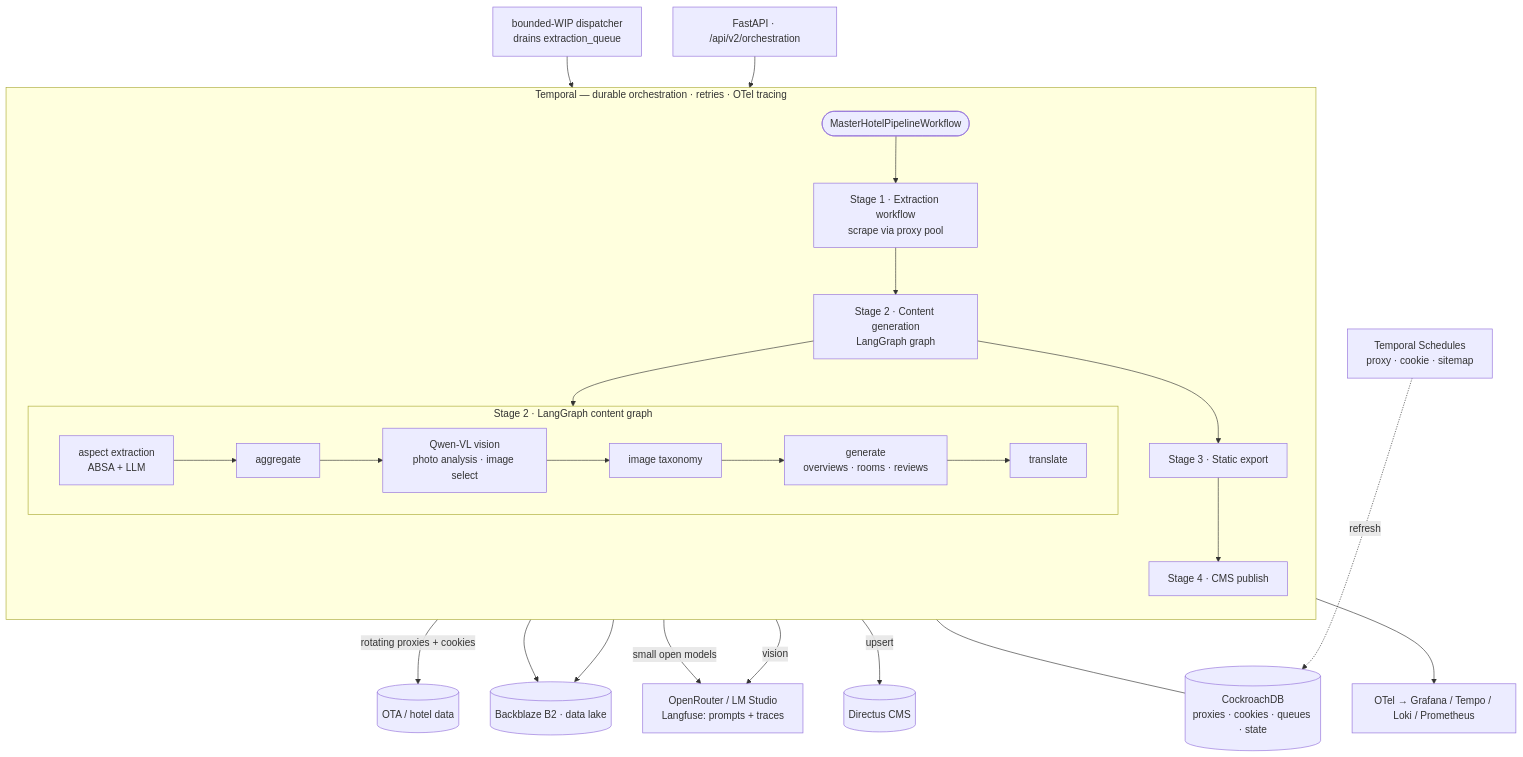
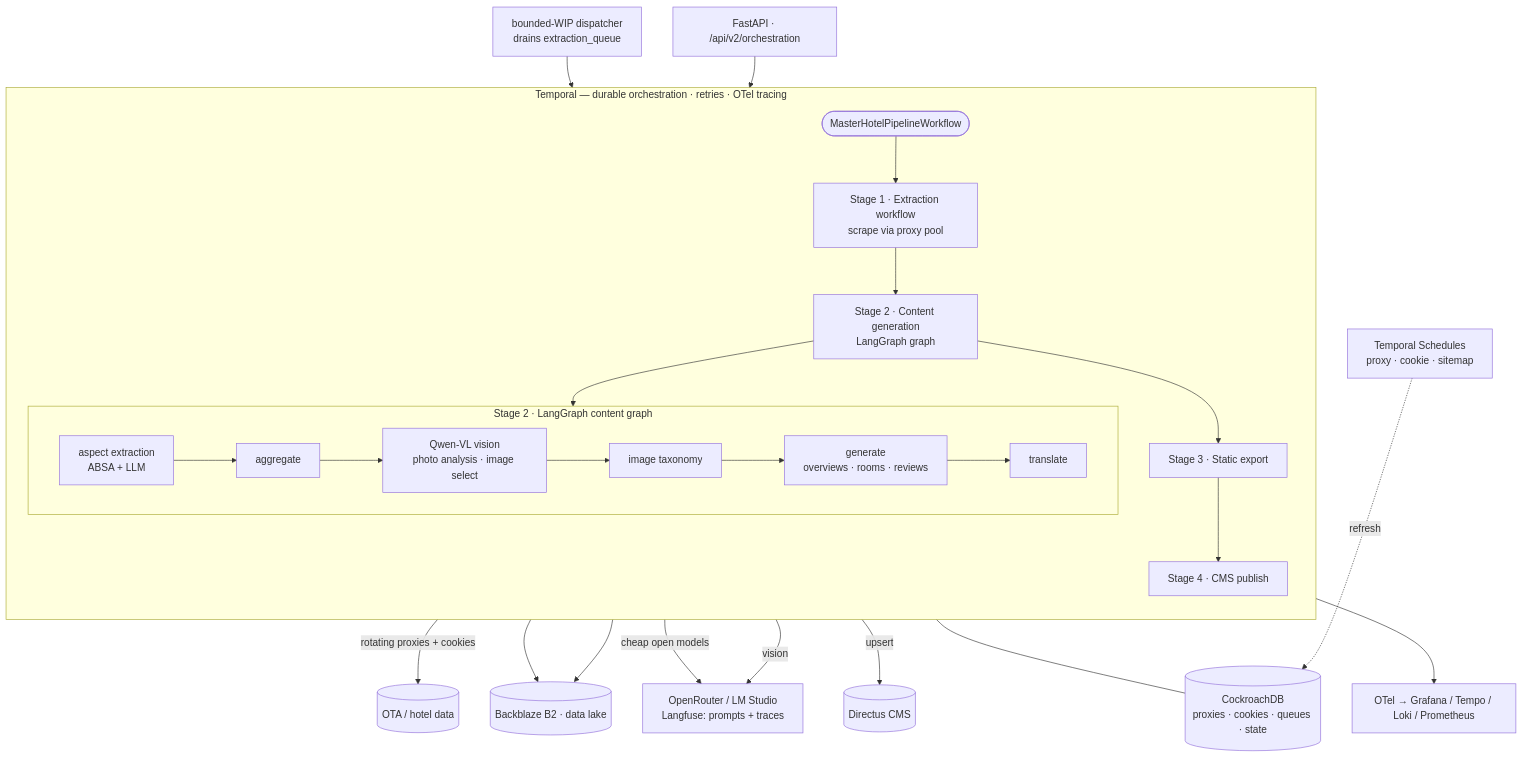
The second of 5 diagrams in docs/architecture/ARCHITECTURE.md (baranlanka/et-hotel-ai-showcase), drawn with Mermaid before and after one commit. The commit also changed other lines of this file and 10 other files, not shown here.

First line of the commit message:
fix: correct per-operation models from Langfuse (authoritative)

````diff
--- a/docs/architecture/ARCHITECTURE.md
+++ b/docs/architecture/ARCHITECTURE.md
@@ -37,29 +37,29 @@
 ```mermaid
 flowchart TB
     API[FastAPI · /api/v2/orchestration] --> MASTER
     DISP[bounded-WIP dispatcher<br/>drains extraction_queue] --> S1
     SCHED[Temporal Schedules<br/>proxy · cookie · sitemap] -. refresh .-> DB[(CockroachDB<br/>proxies · cookies · queues · state)]
 
     subgraph temporal[Temporal — durable orchestration · retries · OTel tracing]
       direction TB
       MASTER([MasterHotelPipelineWorkflow]) --> S1
       S1[Stage 1 · Extraction workflow<br/>scrape via proxy pool] --> S2
       S2[Stage 2 · Content generation<br/>LangGraph graph] --> S3
       S3[Stage 3 · Static export] --> S4
       S4[Stage 4 · CMS publish]
       subgraph lg[Stage 2 · LangGraph content graph]
         direction LR
         A[aspect extraction<br/>ABSA + LLM] --> AGG[aggregate] --> V[Qwen-VL vision<br/>photo analysis · image select] --> TAX[image taxonomy] --> GEN[generate<br/>overviews · rooms · reviews] --> TR[translate]
       end
       S2 --> lg
     end
 
     S1 -->|rotating proxies + cookies| SRC[(OTA / hotel data)]
     S1 --> B2[(Backblaze B2 · data lake)]
     V -->|vision| LLM
-    GEN -->|small open models| LLM[OpenRouter / LM Studio<br/>Langfuse: prompts + traces]
+    GEN -->|cheap open models| LLM[OpenRouter / LM Studio<br/>Langfuse: prompts + traces]
     S2 --> B2
     S4 -->|upsert| CMS[(Directus CMS)]
     temporal --- DB
     temporal --> OBS[OTel → Grafana / Tempo / Loki / Prometheus]
 ```
````
